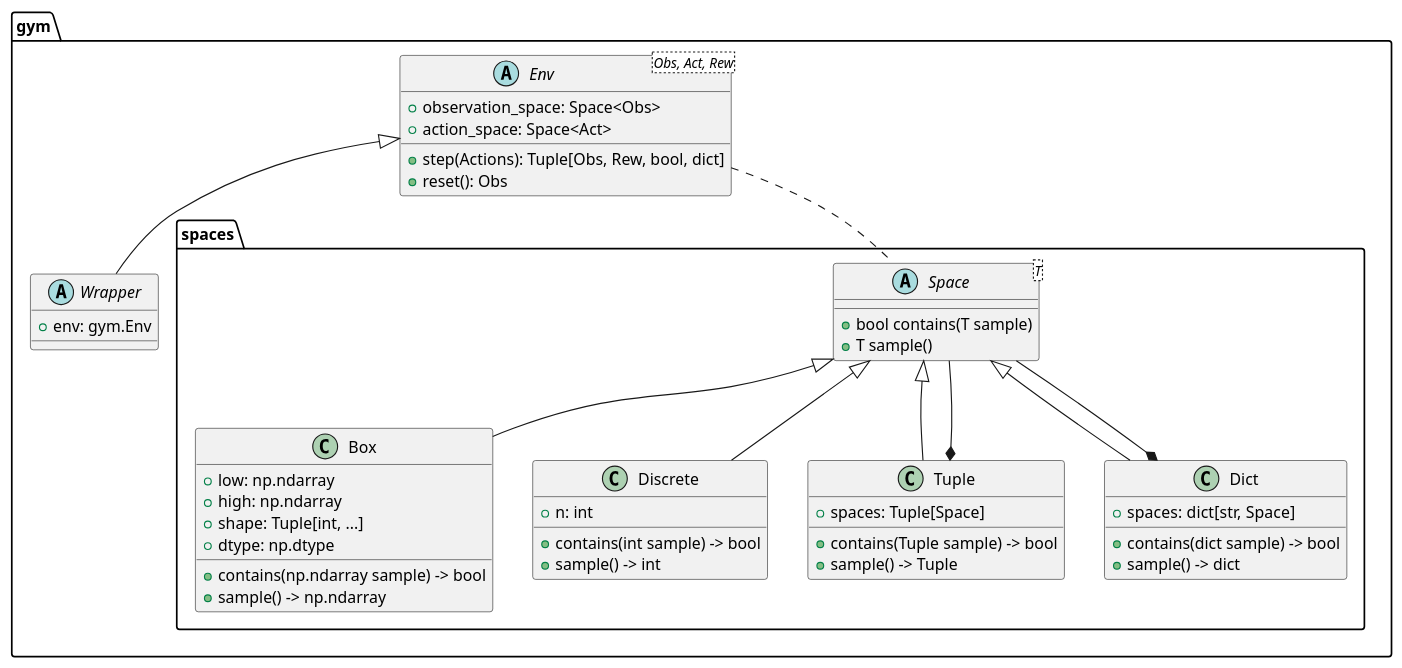
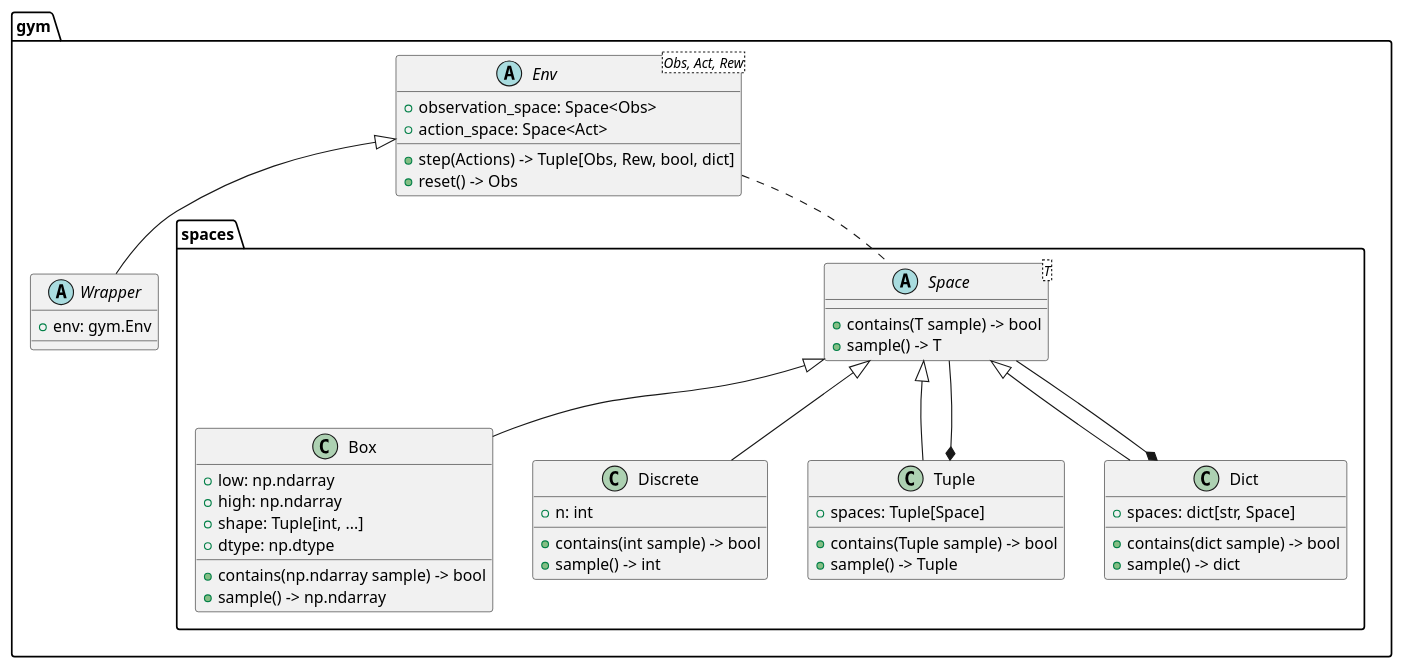
Before and after one commit to lebrice/Sequoia: the diagram in docs/diagrams/src/gym.puml, drawn with PlantUML. The commit also changed 7 other files, not shown here.

Commit message:
Update README table and puml diagrams

```diff
--- a/docs/diagrams/src/gym.puml
+++ b/docs/diagrams/src/gym.puml
@@ -1,55 +1,54 @@
 @startuml gym
 
 package gym {
     package spaces as gym.spaces {
         abstract class Space<T> {
-            + bool contains(T sample) 
-            + T sample()
+            + contains(T sample) -> bool
+            + sample() -> T
         }
-
         class Box extends Space {
             + low: np.ndarray
             + high: np.ndarray
             + shape: Tuple[int, ...]
             + dtype: np.dtype
             + contains(np.ndarray sample) -> bool
             + sample() -> np.ndarray
         }
 
         class Discrete extends Space {
             + n: int
             + contains(int sample) -> bool
             + sample() -> int
         }
 
         class Tuple extends Space {
             + spaces: Tuple[Space]
             + contains(Tuple sample) -> bool
             + sample() -> Tuple
         }
         ' Tuple spaces contain other spaces.
         Tuple *--  Space
 
         class Dict extends Space {
             + spaces: dict[str, Space]
             + contains(dict sample) -> bool
             + sample() -> dict
         }
         ' Same for Dicts.
         Dict *--  Space
     }
 
     abstract class gym.Env<Obs, Act, Rew> {
         + observation_space: Space<Obs>
         + action_space: Space<Act> 
-        + step(Actions): Tuple[Obs, Rew, bool, dict]
-        + reset(): Obs
+        + step(Actions) -> Tuple[Obs, Rew, bool, dict]
+        + reset() -> Obs
     }
     gym.Env .. Space
 
     abstract class Wrapper extends gym.Env{
         + env: gym.Env
     }
 }
 
 @enduml
```
